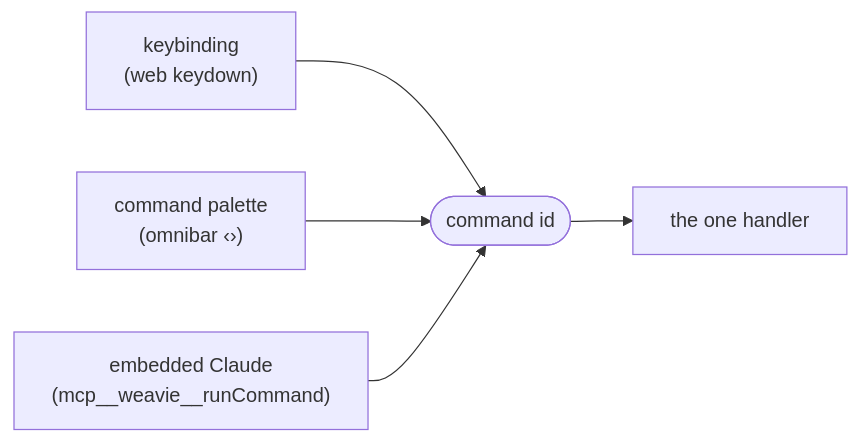
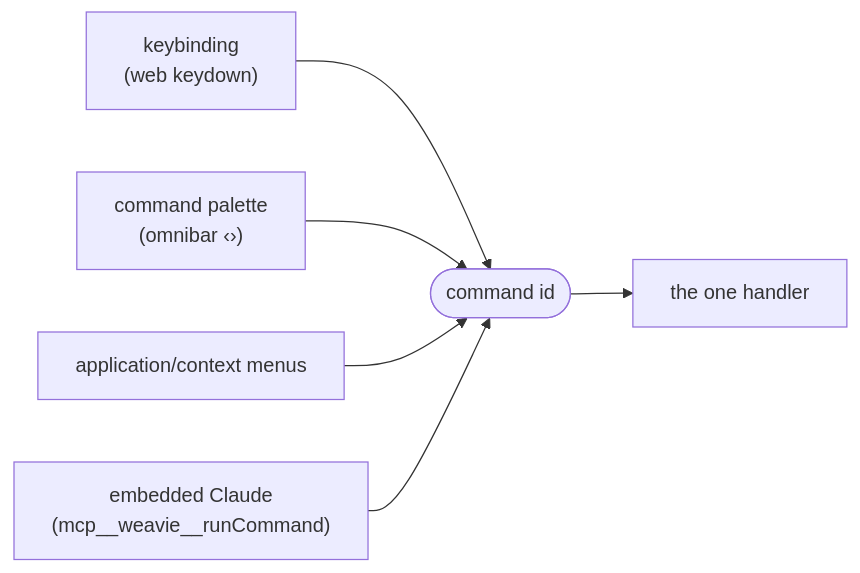
One commit to Kapps/weavie changed the first of 2 diagrams in docs/specs/commands.md. Above: the diagram before and after it, drawn with Mermaid. The commit also changed other lines of this file and 35 other files, not shown here.

Commit message:
Populate the shared application menu

````diff
--- a/docs/specs/commands.md
+++ b/docs/specs/commands.md
@@ -25,7 +25,8 @@
 ```mermaid
 flowchart LR
     KB["keybinding<br/>(web keydown)"] --> ID
     PAL["command palette<br/>(omnibar ‹›)"] --> ID
+    MENU["application/context menus"] --> ID
     MCP["embedded Claude<br/>(mcp__weavie__runCommand)"] --> ID
     ID(["command id"]) --> H["the one handler"]
 ```
````
